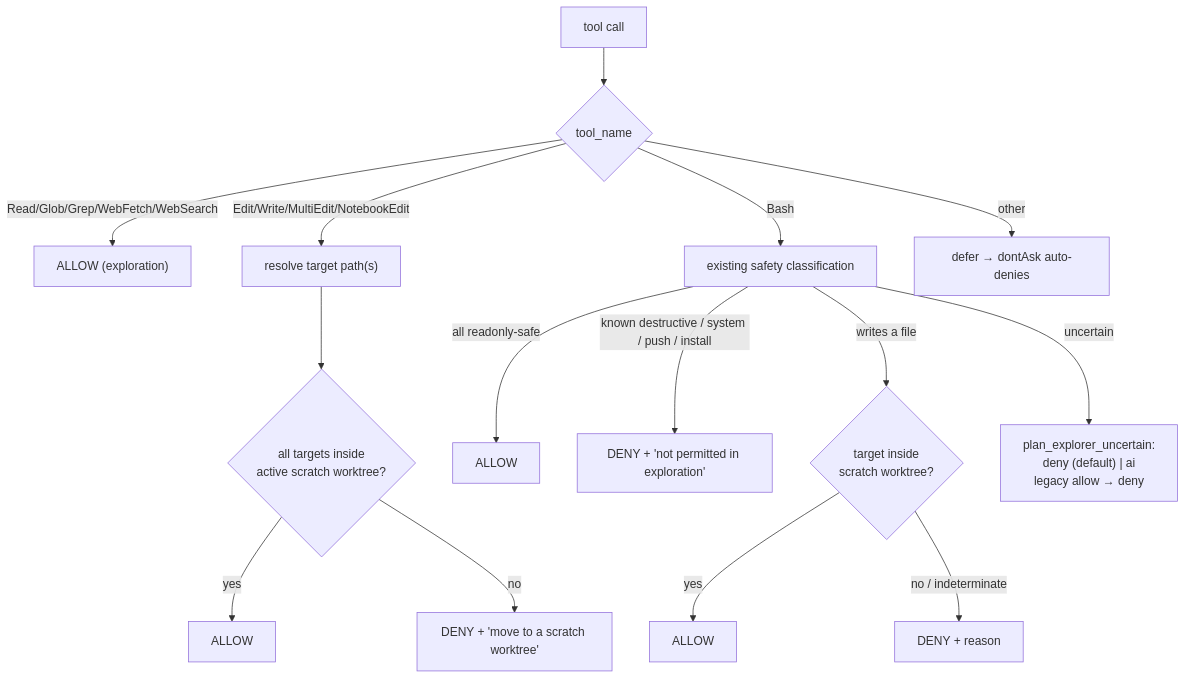
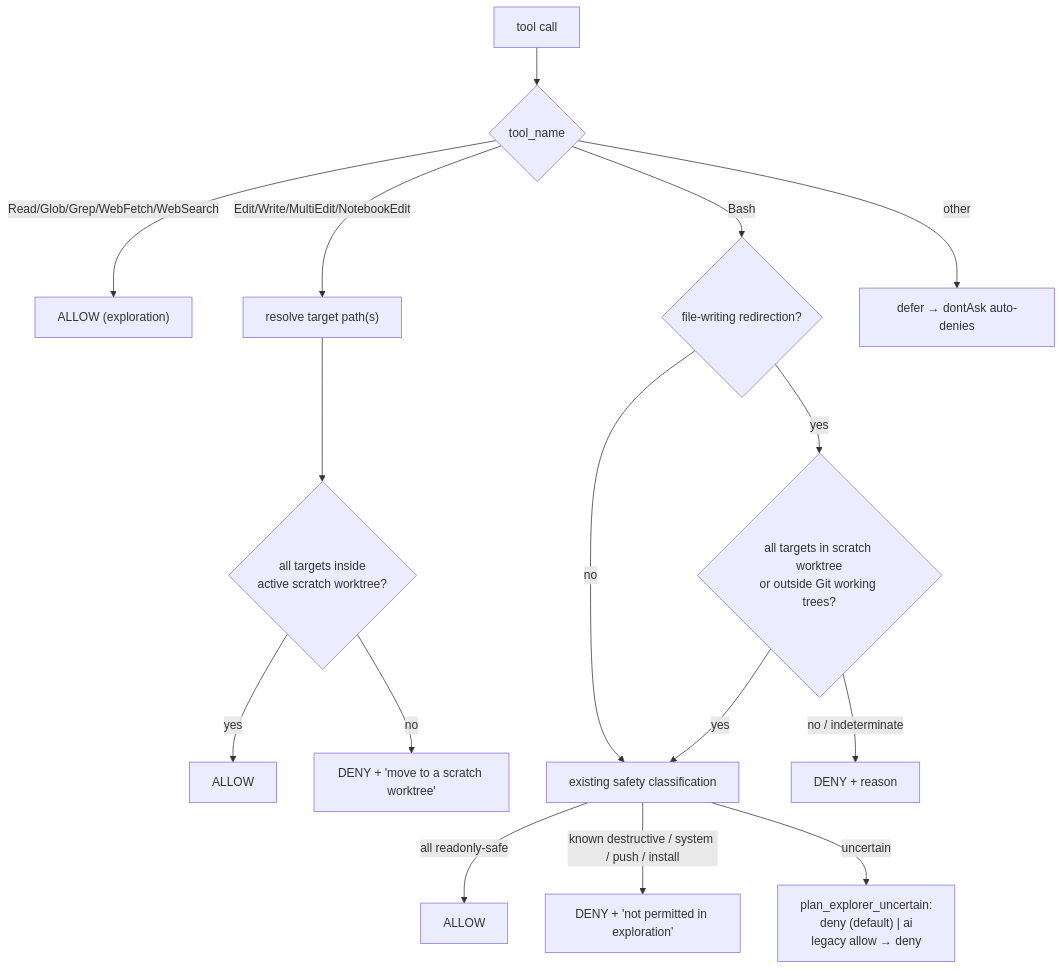
The second of 2 diagrams in docs/spec/greenlight-plan-explorer.md (mikeydotio/agentics), drawn with Mermaid before and after one commit. The commit also changed other lines of this file and 2 other files, not shown here.

````diff
--- a/docs/spec/greenlight-plan-explorer.md
+++ b/docs/spec/greenlight-plan-explorer.md
@@ -93,19 +93,20 @@
 ```mermaid
 flowchart TD
     A["tool call"] --> B{tool_name}
     B -->|Read/Glob/Grep/WebFetch/WebSearch| ALLOW1["ALLOW (exploration)"]
     B -->|Edit/Write/MultiEdit/NotebookEdit| T["resolve target path(s)"]
-    B -->|Bash| S["existing safety classification"]
+    B -->|Bash| R{file-writing redirection?}
     B -->|other| DEFER["defer → dontAsk auto-denies"]
 
     T --> TS{all targets inside<br/>active scratch worktree?}
     TS -->|yes| ALLOW2["ALLOW"]
     TS -->|no| DENY1["DENY + 'move to a scratch worktree'"]
 
     S -->|all readonly-safe| ALLOW3["ALLOW"]
     S -->|known destructive / system / push / install| DENY2["DENY + 'not permitted in exploration'"]
-    S -->|writes a file| W{target inside<br/>scratch worktree?}
-    W -->|yes| ALLOW4["ALLOW"]
+    R -->|no| S["existing safety classification"]
+    R -->|yes| W{all targets in scratch worktree<br/>or outside Git working trees?}
+    W -->|yes| S
     W -->|no / indeterminate| DENY3["DENY + reason"]
     S -->|uncertain| U["plan_explorer_uncertain:<br/>deny (default) | ai<br/>legacy allow → deny"]
 ```
````
